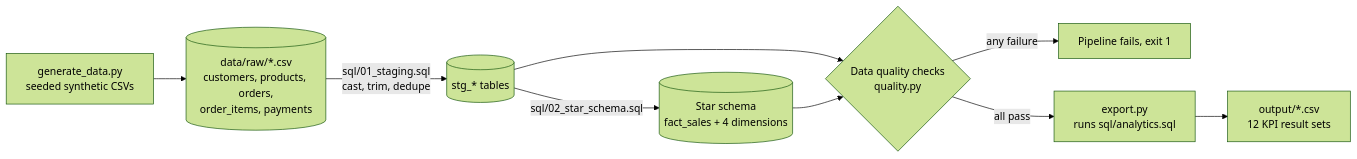
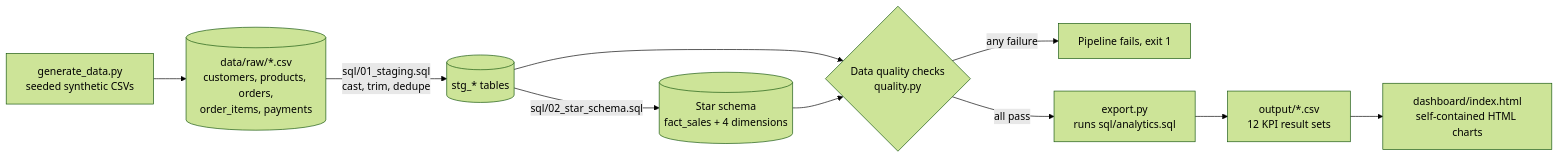
The diagram in README.md (anishagaikar0420/ecommerce-analytics-warehouse), drawn with Mermaid (forest theme) before and after one commit. The commit also changed other lines of this file and 7 other files, not shown here.

First line of the commit message:
Add self-contained HTML dashboard built from the KPI CSVs

````diff
--- a/README.md
+++ b/README.md
@@ -12,11 +12,12 @@
 ```mermaid
 flowchart LR
     G[generate_data.py<br/>seeded synthetic CSVs] --> R[(data/raw/*.csv<br/>customers, products, orders,<br/>order_items, payments)]
     R -->|sql/01_staging.sql<br/>cast, trim, dedupe| S[(stg_* tables)]
     S -->|sql/02_star_schema.sql| W[(Star schema<br/>fact_sales + 4 dimensions)]
     S --> Q{Data quality checks<br/>quality.py}
     W --> Q
     Q -->|any failure| X[Pipeline fails, exit 1]
     Q -->|all pass| E[export.py<br/>runs sql/analytics.sql]
     E --> O[output/*.csv<br/>12 KPI result sets]
+    O --> H[dashboard/index.html<br/>self-contained HTML charts]
 ```
````
